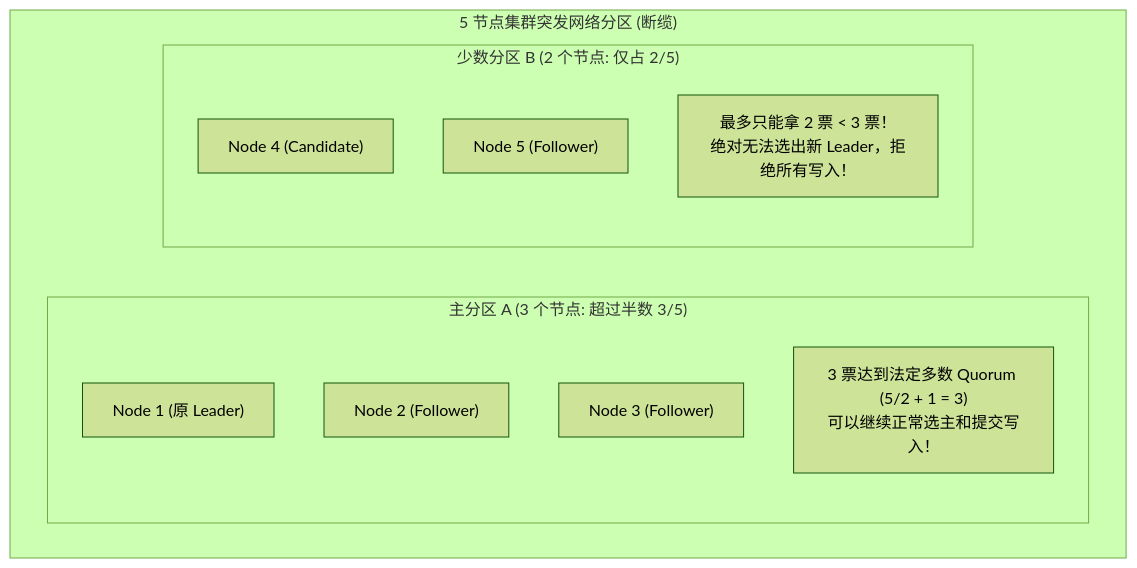
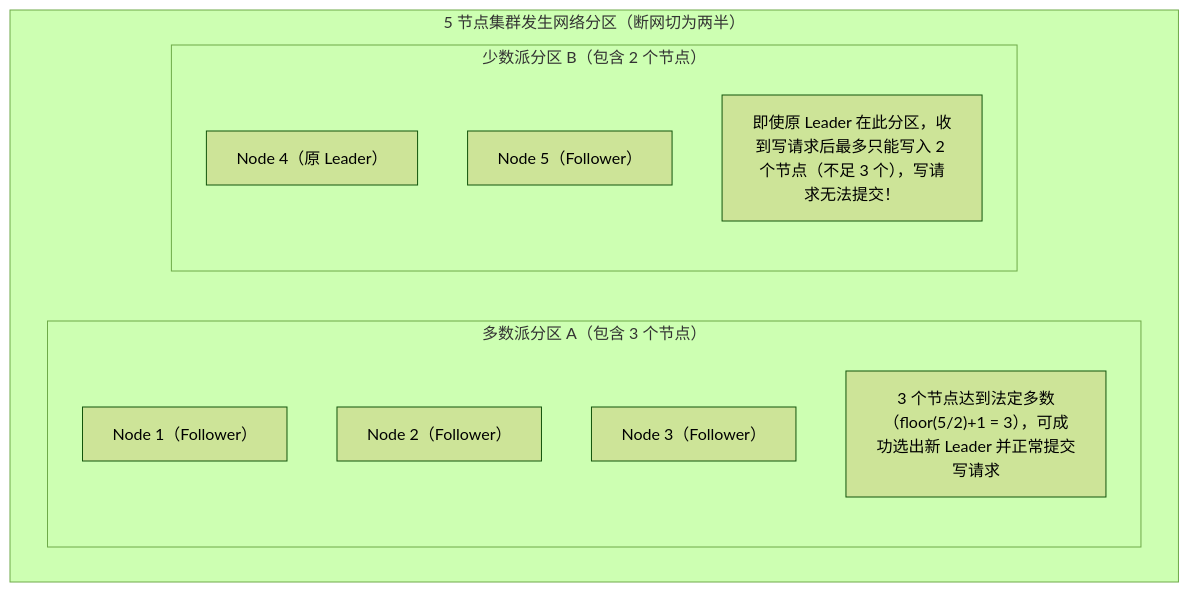
One commit to GuoWWWX/knowledge-base changed the third of 3 diagrams in 20-Java后端/07-分布式与微服务/02-分布式一致性-Paxos-Raft.md. Above: the diagram before and after it, drawn with Mermaid (forest theme). The commit also changed other lines of this file and 251 other files, not shown here.

````diff
--- a/20-Java后端/07-分布式与微服务/02-分布式一致性-Paxos-Raft.md
+++ b/20-Java后端/07-分布式与微服务/02-分布式一致性-Paxos-Raft.md
@@ -121,17 +181,17 @@
 ```mermaid
 flowchart TD
-    subgraph 五节点集群机房断网割裂["5 节点集群突发网络分区 (断缆)"]
-        subgraph 分区A["主分区 A (3 个节点: 超过半数 3/5)"]
-            A1["Node 1 (原 Leader)"]
-            A2["Node 2 (Follower)"]
-            A3["Node 3 (Follower)"]
-            VoteA["3 票达到法定多数 Quorum (5/2 + 1 = 3)\n可以继续正常选主和提交写入！"]
+    subgraph SplitCluster["5 节点集群发生网络分区（断网切为两半）"]
+        subgraph PartA["多数派分区 A（包含 3 个节点）"]
+            N1["Node 1（Follower）"]
+            N2["Node 2（Follower）"]
+            N3["Node 3（Follower）"]
+            ResA["3 个节点达到法定多数（floor(5/2)+1 = 3），可成功选出新 Leader 并正常提交写请求"]
         end
 
-        subgraph 分区B["少数分区 B (2 个节点: 仅占 2/5)"]
-            B1["Node 4 (Candidate)"]
-            B2["Node 5 (Follower)"]
-            VoteB["最多只能拿 2 票 < 3 票！\n绝对无法选出新 Leader，拒绝所有写入！"]
+        subgraph PartB["少数派分区 B（包含 2 个节点）"]
+            N4["Node 4（原 Leader）"]
+            N5["Node 5（Follower）"]
+            ResB["即使原 Leader 在此分区，收到写请求后最多只能写入 2 个节点（不足 3 个），写请求无法提交！"]
         end
     end
 ```
````
